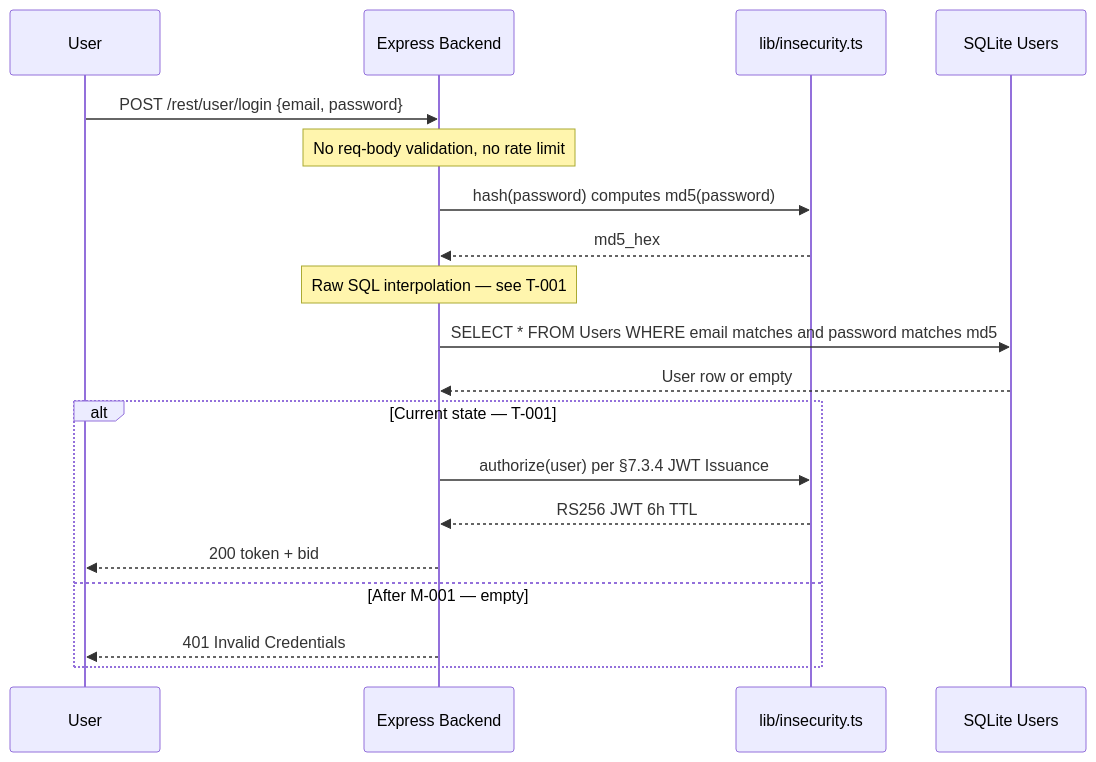
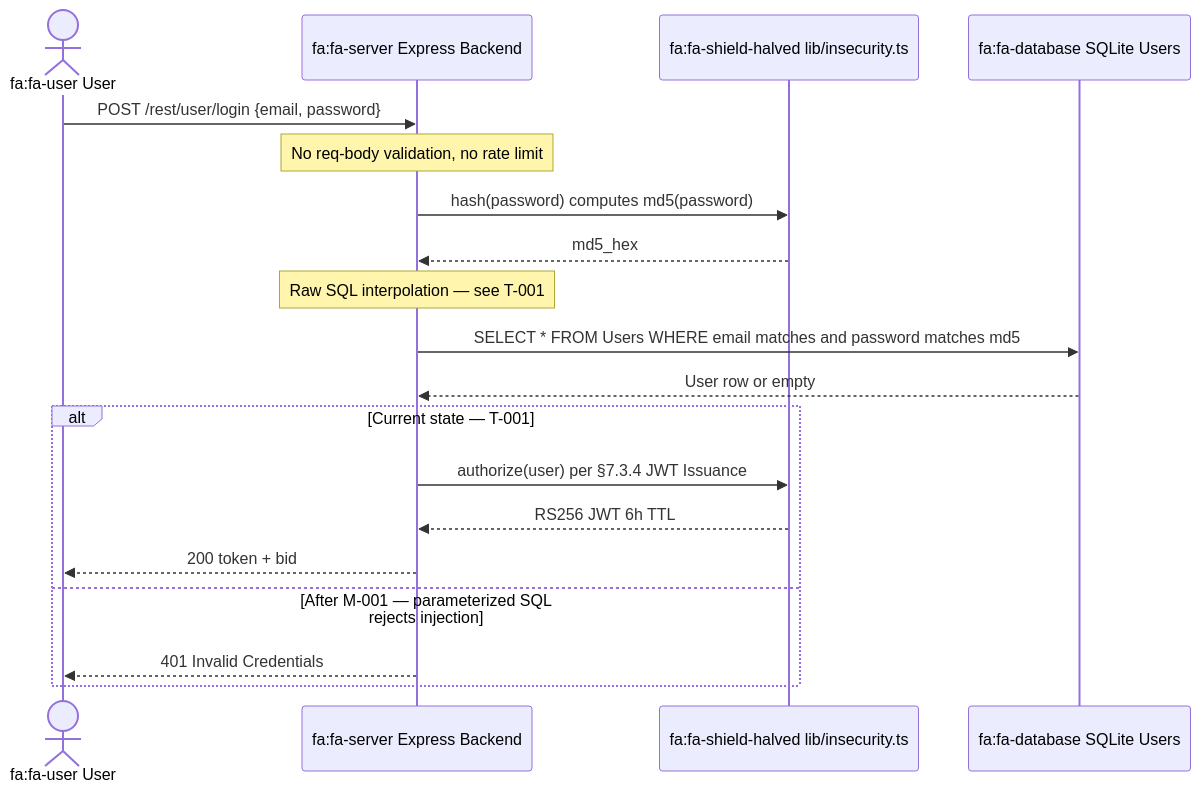
One commit to appsec-foundry/appsec-advisor changed diagram 13 of 18 in examples/threat-modeler/threat-mode-juice-shop-standard.md. Above: the diagram before and after it, drawn with Mermaid. The commit also changed other lines of this file and 9 other files, not shown here.

Commit message:
mermaid diagrams improved

````diff
--- a/examples/threat-modeler/threat-mode-juice-shop-standard.md
+++ b/examples/threat-modeler/threat-mode-juice-shop-standard.md
@@ -1042,22 +869,22 @@
 ```mermaid
 sequenceDiagram
-    participant U as User
-    participant API as Express Backend
-    participant INSEC as lib/insecurity.ts
-    participant DB as SQLite Users
+    actor U as fa:fa-user User
+    participant API as fa:fa-server Express Backend
+    participant INSEC as fa:fa-shield-halved lib/insecurity.ts
+    participant DB as fa:fa-database SQLite Users
 
     U->>API: POST /rest/user/login {email, password}
     Note over API: No req-body validation, no rate limit
     API->>INSEC: hash(password) computes md5(password)
     INSEC-->>API: md5_hex
     Note over API: Raw SQL interpolation — see T-001
     API->>DB: SELECT * FROM Users WHERE email matches and password matches md5
     DB-->>API: User row or empty
     alt Current state — T-001
         API->>INSEC: authorize(user) per §7.3.4 JWT Issuance
         INSEC-->>API: RS256 JWT 6h TTL
         API-->>U: 200 token + bid
-    else After M-001 — empty
+    else After M-001 — parameterized SQL rejects injection
         API-->>U: 401 Invalid Credentials
     end
 ```
````
